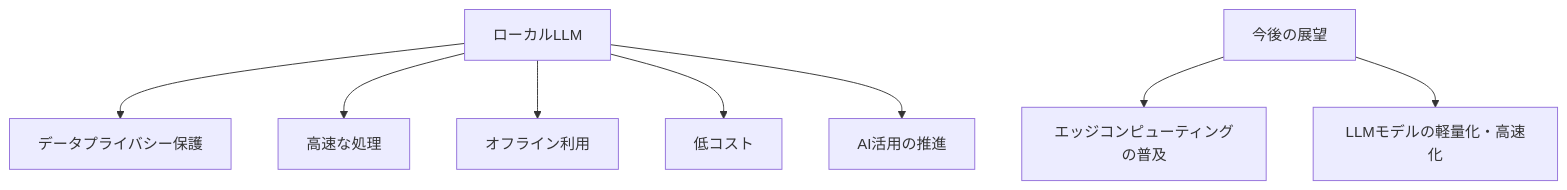
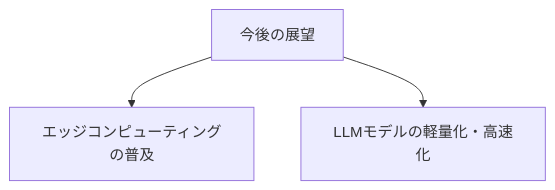
Diagram 11 of 11 in README.md (SparklingDetergent/doc_genai_The_usefulness_of_local_LLM), drawn with Mermaid before and after one commit. The commit also changed other lines of this file, not shown here.

````diff
--- a/README.md
+++ b/README.md
@@ -183,11 +196,5 @@
 ```mermaid
 graph TD
-A[ローカルLLM] --> B[データプライバシー保護]
-A --> C[高速な処理]
-A --> D[オフライン利用]
-A --> E[低コスト]
-A --> F[AI活用の推進]
-
 G[今後の展望] --> H[エッジコンピューティングの普及]
 G --> I[LLMモデルの軽量化・高速化]
 ```
````
